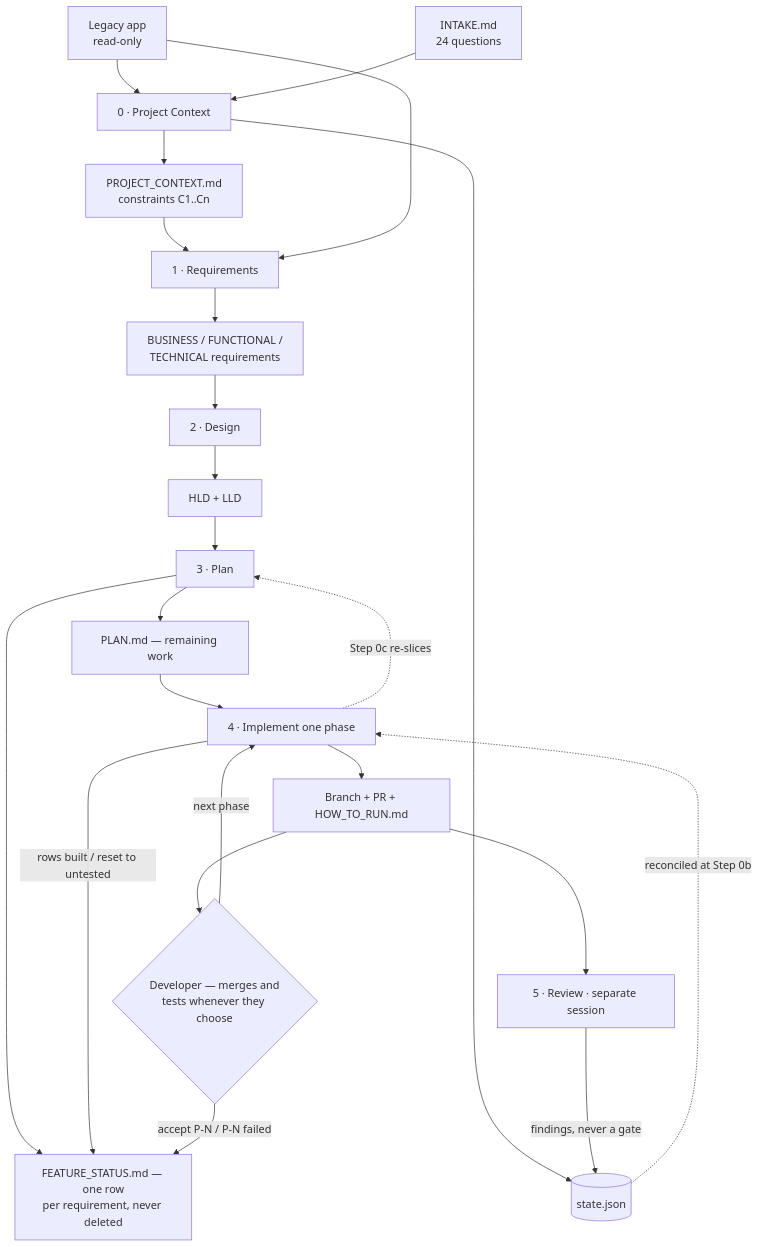
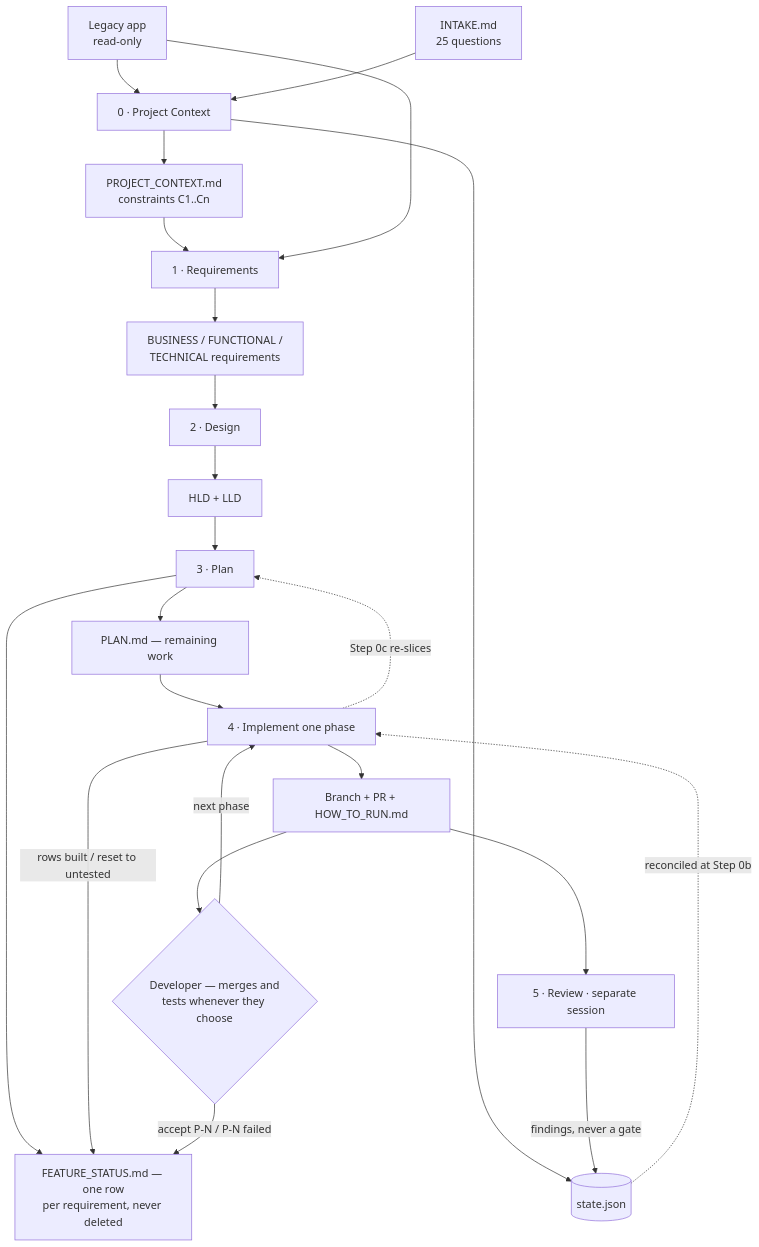
One commit to Mabeesha/AppModernizationHarness changed the first of 4 diagrams in docs/DESIGN.md. Above: the diagram before and after it, drawn with Mermaid. The commit also changed other lines of this file and 7 other files, not shown here.

````diff
--- a/docs/DESIGN.md
+++ b/docs/DESIGN.md
@@ -33,25 +33,25 @@
 ```mermaid
 flowchart TD
     L[Legacy app<br/>read-only] --> S0
-    I[INTAKE.md<br/>24 questions] --> S0[0 · Project Context]
+    I[INTAKE.md<br/>25 questions] --> S0[0 · Project Context]
     S0 --> PC[PROJECT_CONTEXT.md<br/>constraints C1..Cn]
     S0 --> ST[(state.json)]
     PC --> S1[1 · Requirements]
     L --> S1
     S1 --> REQ[BUSINESS / FUNCTIONAL /<br/>TECHNICAL requirements]
     REQ --> S2[2 · Design]
     S2 --> D[HLD + LLD]
     D --> S3[3 · Plan]
     S3 --> PL[PLAN.md — remaining work]
     S3 --> FS[FEATURE_STATUS.md — one row<br/>per requirement, never deleted]
     PL --> S4[4 · Implement one phase]
     S4 --> PR[Branch + PR + HOW_TO_RUN.md]
     S4 -->|rows built / reset to untested| FS
     PR --> DEV{Developer — merges and<br/>tests whenever they choose}
     DEV -- next phase --> S4
     DEV -- accept P-N / P-N failed --> FS
     S4 -.->|Step 0c re-slices| S3
     PR --> S5[5 · Review · separate session]
     S5 -->|findings, never a gate| ST
     ST -.->|reconciled at Step 0b| S4
 ```
````
